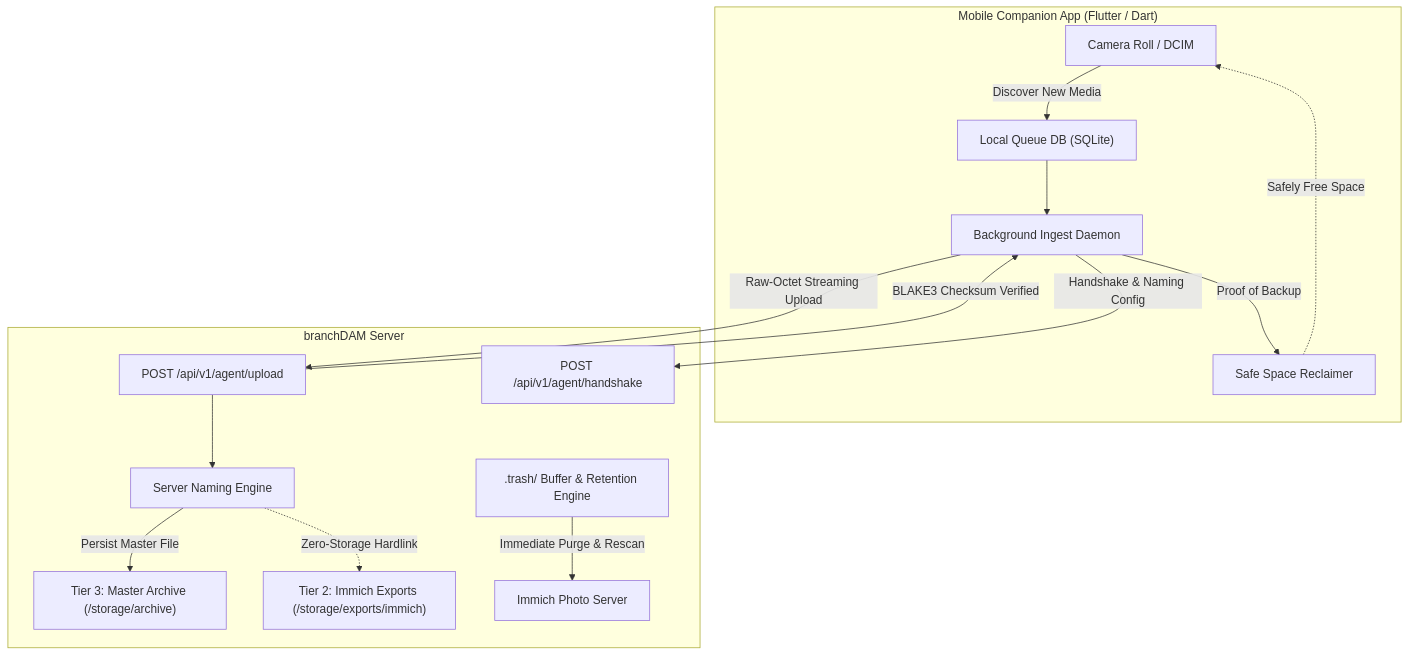
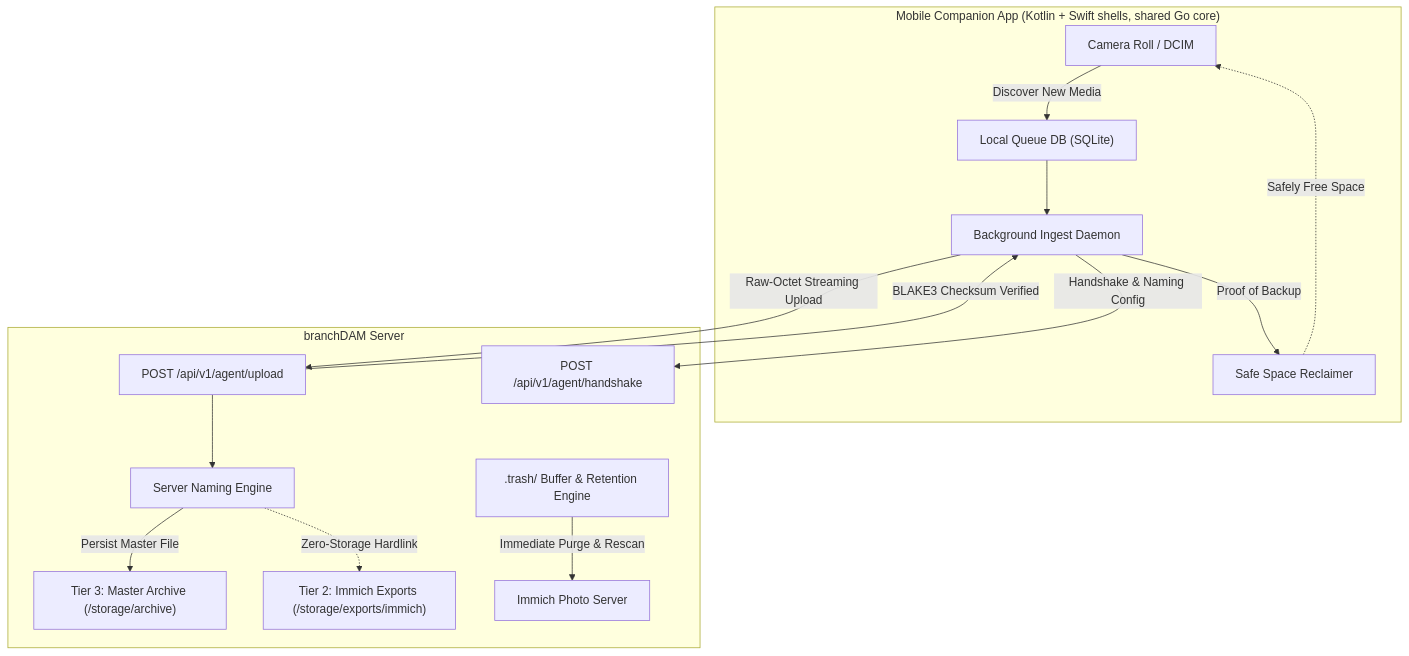
The diagram in docs/mobile.md (s3ntin3l8/branchdam), drawn with Mermaid before and after one commit. The commit also changed other lines of this file and 7 other files, not shown here.

````diff
--- a/docs/mobile.md
+++ b/docs/mobile.md
@@ -9,31 +9,31 @@
 ```mermaid
 graph TD
-    subgraph MobileDevice["Mobile Companion App (Flutter / Dart)"]
+    subgraph MobileDevice["Mobile Companion App (Kotlin + Swift shells, shared Go core)"]
         CameraRoll["Camera Roll / DCIM"]
         QueueDB["Local Queue DB (SQLite)"]
         Daemon["Background Ingest Daemon"]
         ReclaimEngine["Safe Space Reclaimer"]
     end
 
     subgraph Server["branchDAM Server"]
         UploadAPI["POST /api/v1/agent/upload"]
         HandshakeAPI["POST /api/v1/agent/handshake"]
         NamingEngine["Server Naming Engine"]
         MasterArchive["Tier 3: Master Archive (/storage/archive)"]
         ImmichExports["Tier 2: Immich Exports (/storage/exports/immich)"]
         TrashBuffer[".trash/ Buffer & Retention Engine"]
         Immich["Immich Photo Server"]
     end
 
     CameraRoll -->|Discover New Media| QueueDB
     QueueDB --> Daemon
     Daemon -->|Handshake & Naming Config| HandshakeAPI
     Daemon -->|Raw-Octet Streaming Upload| UploadAPI
     UploadAPI --> NamingEngine
     NamingEngine -->|Persist Master File| MasterArchive
     NamingEngine -.->|Zero-Storage Hardlink| ImmichExports
     UploadAPI -->|BLAKE3 Checksum Verified| Daemon
     Daemon -->|Proof of Backup| ReclaimEngine
     ReclaimEngine -.->|Safely Free Space| CameraRoll
     TrashBuffer -->|Immediate Purge & Rescan| Immich
 ```
````
